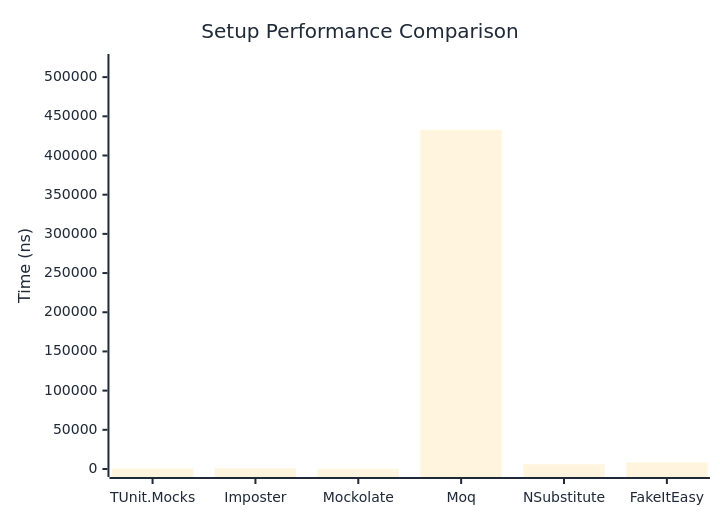
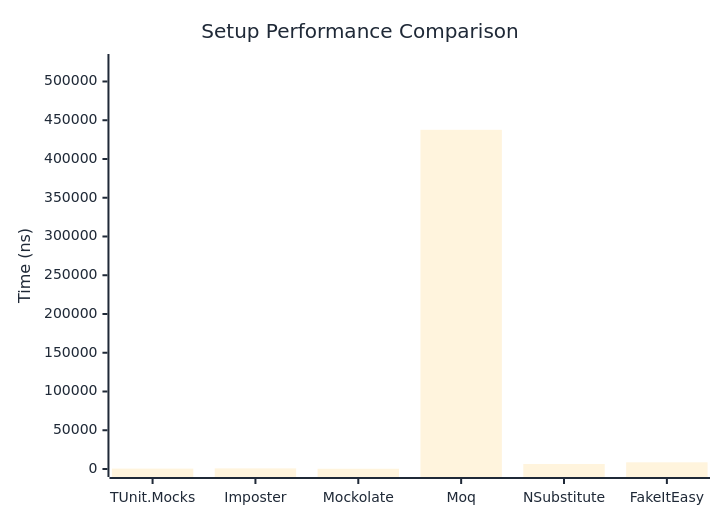
One commit to thomhurst/TUnit changed the first of 2 diagrams in docs/docs/benchmarks/mocks/Setup.md. Above: the diagram before and after it, drawn with Mermaid. The commit also changed other lines of this file and 14 other files, not shown here.

````diff
--- a/docs/docs/benchmarks/mocks/Setup.md
+++ b/docs/docs/benchmarks/mocks/Setup.md
@@ -30,27 +30,27 @@
 ```mermaid
 %%{init: {
   'theme':'base',
   'themeVariables': {
     'primaryColor': '#2563eb',
     'primaryTextColor': '#1f2937',
     'primaryBorderColor': '#1e40af',
     'lineColor': '#6b7280',
     'secondaryColor': '#7c3aed',
     'tertiaryColor': '#dc2626',
     'background': '#ffffff',
     'pie1': '#2563eb',
     'pie2': '#7c3aed',
     'pie3': '#dc2626',
     'pie4': '#f59e0b',
     'pie5': '#10b981',
     'pie6': '#06b6d4',
     'pie7': '#ec4899',
     'pie8': '#6366f1'
   }
 }}%%
 xychart-beta
   title "Setup Performance Comparison"
   x-axis ["TUnit.Mocks", "Imposter", "Mockolate", "Moq", "NSubstitute", "FakeItEasy"]
-  y-axis "Time (ns)" 0 --> 519303
-  bar [518.9, 835, 305.5, 432752.3, 6068.7, 8353.9]
+  y-axis "Time (ns)" 0 --> 525144
+  bar [499.9, 779.1, 313.1, 437619.8, 6439.4, 8622.4]
 ```
````
